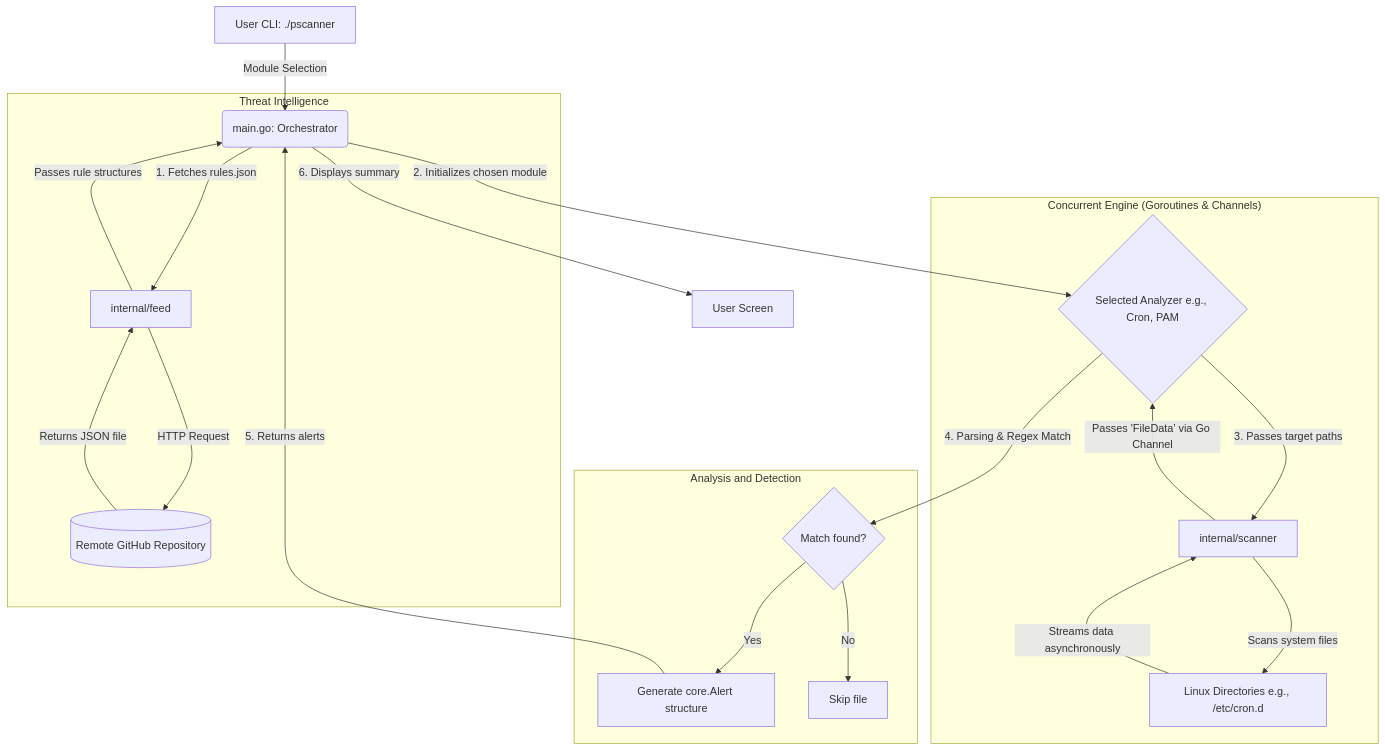
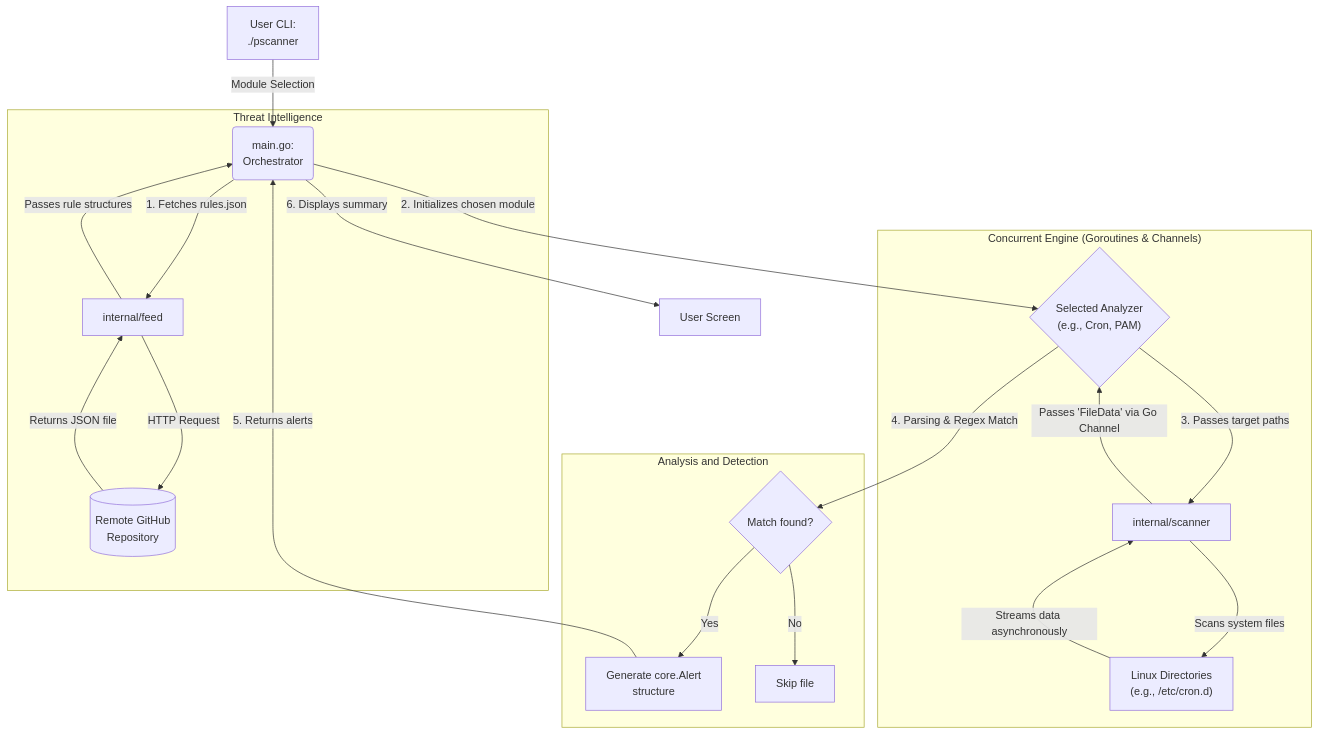
The diagram in README.md (JakubMalisz/PersistenceScanner), drawn with Mermaid before and after one commit.

````diff
--- a/README.md
+++ b/README.md
@@ -26,29 +26,29 @@
 ```mermaid
 graph TD
-    A[User CLI: ./pscanner] -->|Module Selection| B(main.go: Orchestrator)
-    
+    A["User CLI:<br/>./pscanner"] -->|Module Selection| B("main.go:<br/>Orchestrator")
+
     subgraph "Threat Intelligence"
-    B -->|1. Fetches rules.json| C[internal/feed]
-    C -->|HTTP Request| D[(Remote GitHub Repository)]
+    B -->|1. Fetches rules.json| C["internal/feed"]
+    C -->|HTTP Request| D[("Remote GitHub<br/>Repository")]
     D -->|Returns JSON file| C
     C -->|Passes rule structures| B
     end
 
-    B -->|2. Initializes chosen module| E{Selected Analyzer e.g., Cron, PAM}
-    
+    B -->|2. Initializes chosen module| E{"Selected Analyzer<br/>(e.g., Cron, PAM)"}
+
     subgraph "Concurrent Engine (Goroutines & Channels)"
-    E -->|3. Passes target paths| F[internal/scanner]
-    F -->|Scans system files| G[Linux Directories e.g., /etc/cron.d]
+    E -->|3. Passes target paths| F["internal/scanner"]
+    F -->|Scans system files| G["Linux Directories<br/>(e.g., /etc/cron.d)"]
     G -->|Streams data asynchronously| F
     F -->|Passes 'FileData' via Go Channel| E
     end
-    
+
     subgraph "Analysis and Detection"
-    E -->|4. Parsing & Regex Match| H{Match found?}
-    H -->|Yes| I[Generate core.Alert structure]
-    H -->|No| J[Skip file]
+    E -->|4. Parsing & Regex Match| H{"Match found?"}
+    H -->|Yes| I["Generate core.Alert<br/>structure"]
+    H -->|No| J["Skip file"]
     end
 
     I -->|5. Returns alerts| B
-    B -->|6. Displays summary| K[User Screen]
+    B -->|6. Displays summary| K["User Screen"]
 ```
````
